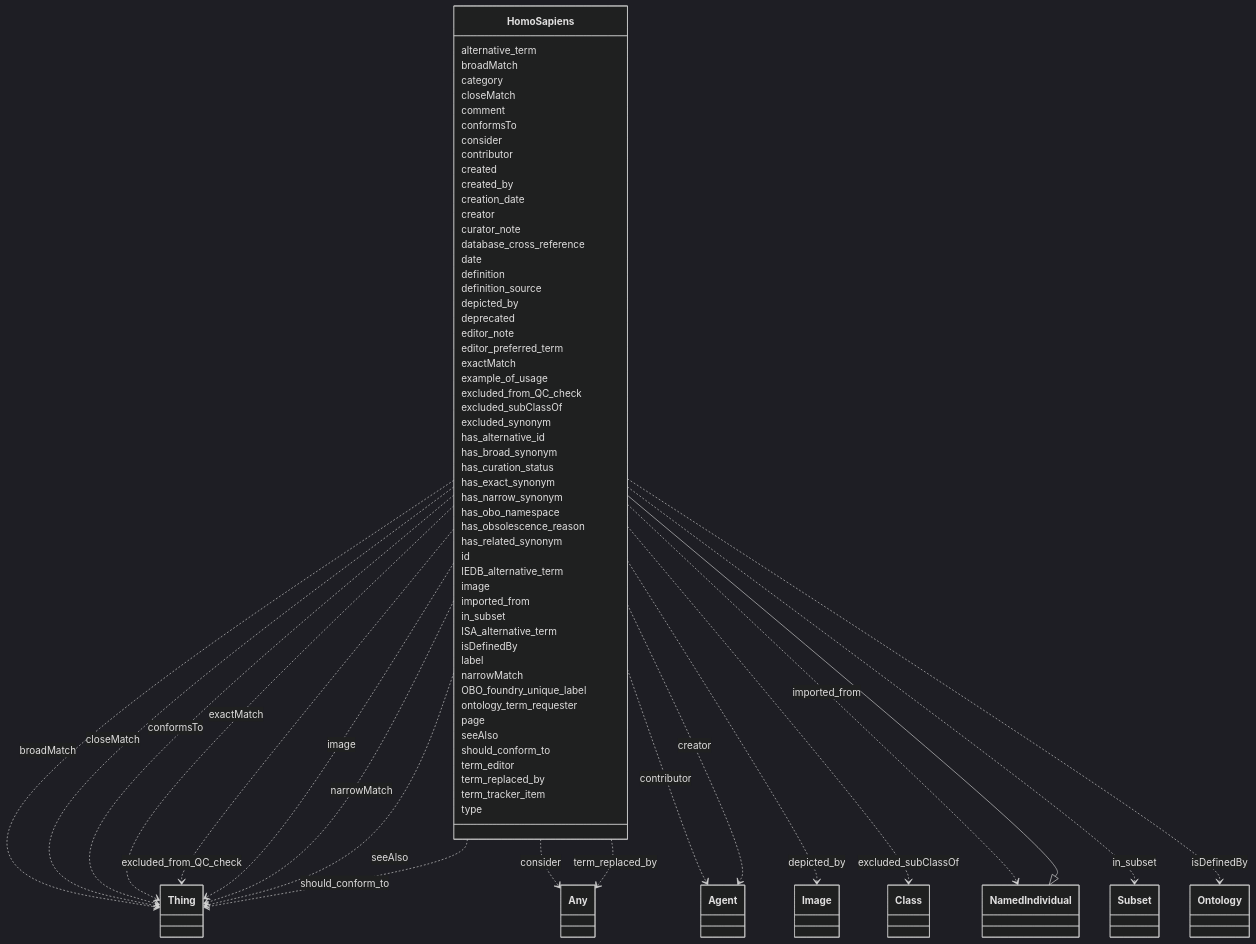
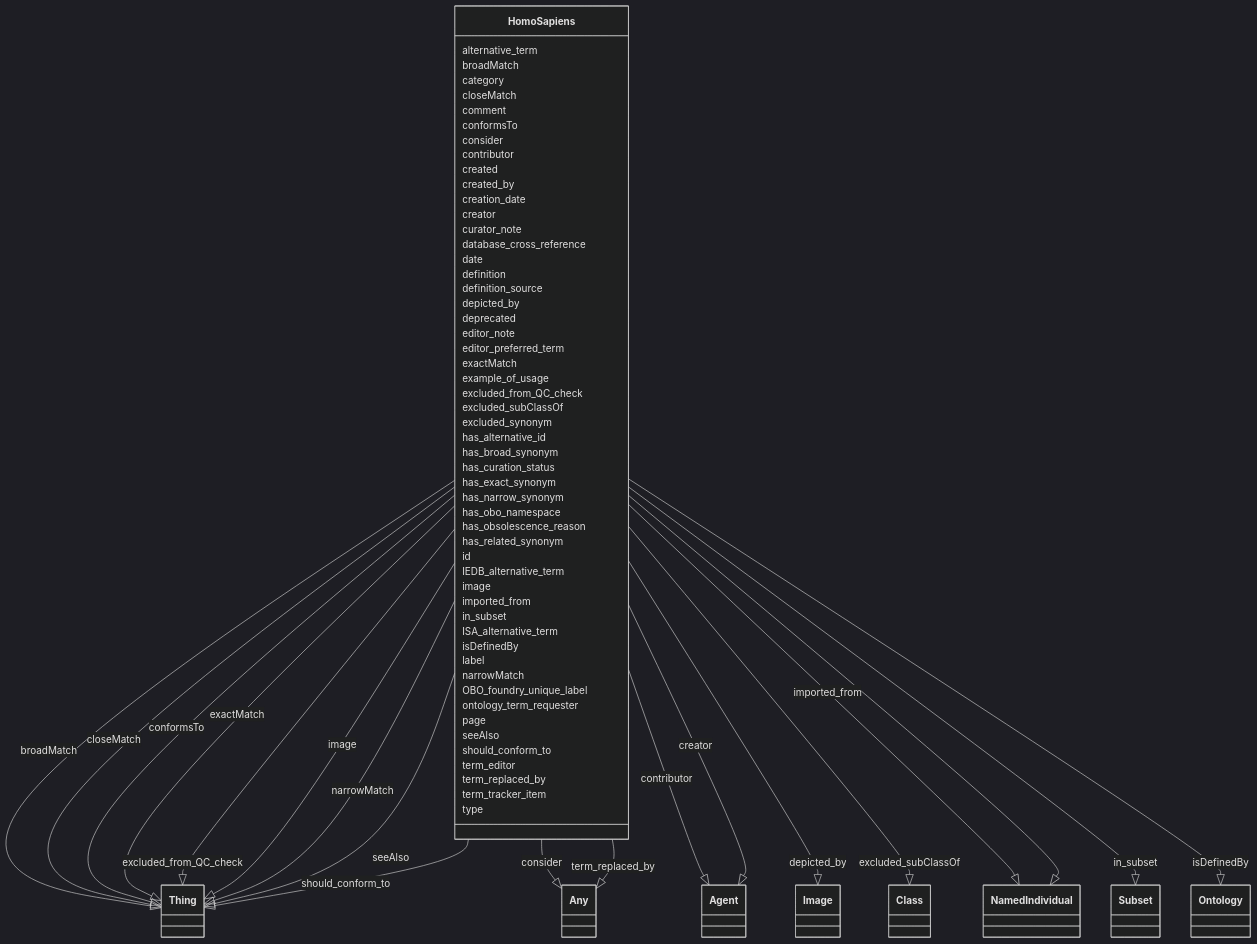
Before and after one commit to INCATools/ontology-access-kit: the diagram in ontology-metadata/HomoSapiens.md, drawn with Mermaid (dark theme). The commit also changed other lines of this file and 3011 other files, not shown here.

```diff
--- a/ontology-metadata/HomoSapiens.md
+++ b/ontology-metadata/HomoSapiens.md
@@ -17,27 +20,27 @@
         
       HomoSapiens : broadMatch
         
-          HomoSapiens ..> Thing : broadMatch
+          HomoSapiens --|> Thing : broadMatch
         
       HomoSapiens : category
         
       HomoSapiens : closeMatch
         
-          HomoSapiens ..> Thing : closeMatch
+          HomoSapiens --|> Thing : closeMatch
         
       HomoSapiens : comment
         
       HomoSapiens : conformsTo
         
-          HomoSapiens ..> Thing : conformsTo
+          HomoSapiens --|> Thing : conformsTo
         
       HomoSapiens : consider
         
-          HomoSapiens ..> Any : consider
+          HomoSapiens --|> Any : consider
         
       HomoSapiens : contributor
         
-          HomoSapiens ..> Agent : contributor
+          HomoSapiens --|> Agent : contributor
         
       HomoSapiens : created
         
@@ -47,7 +50,7 @@
         
       HomoSapiens : creator
         
-          HomoSapiens ..> Agent : creator
+          HomoSapiens --|> Agent : creator
         
       HomoSapiens : curator_note
         
@@ -61,7 +64,7 @@
         
       HomoSapiens : depicted_by
         
-          HomoSapiens ..> Image : depicted_by
+          HomoSapiens --|> Image : depicted_by
         
       HomoSapiens : deprecated
         
@@ -71,17 +74,17 @@
         
       HomoSapiens : exactMatch
         
-          HomoSapiens ..> Thing : exactMatch
+          HomoSapiens --|> Thing : exactMatch
         
       HomoSapiens : example_of_usage
         
       HomoSapiens : excluded_from_QC_check
         
-          HomoSapiens ..> Thing : excluded_from_QC_check
+          HomoSapiens --|> Thing : excluded_from_QC_check
         
       HomoSapiens : excluded_subClassOf
         
-          HomoSapiens ..> Class : excluded_subClassOf
+          HomoSapiens --|> Class : excluded_subClassOf
         
       HomoSapiens : excluded_synonym
         
@@ -107,27 +110,27 @@
         
       HomoSapiens : image
         
-          HomoSapiens ..> Thing : image
+          HomoSapiens --|> Thing : image
         
       HomoSapiens : imported_from
         
-          HomoSapiens ..> NamedIndividual : imported_from
+          HomoSapiens --|> NamedIndividual : imported_from
         
       HomoSapiens : in_subset
         
-          HomoSapiens ..> Subset : in_subset
+          HomoSapiens --|> Subset : in_subset
         
       HomoSapiens : ISA_alternative_term
         
       HomoSapiens : isDefinedBy
         
-          HomoSapiens ..> Ontology : isDefinedBy
+          HomoSapiens --|> Ontology : isDefinedBy
         
       HomoSapiens : label
         
       HomoSapiens : narrowMatch
         
-          HomoSapiens ..> Thing : narrowMatch
+          HomoSapiens --|> Thing : narrowMatch
         
       HomoSapiens : OBO_foundry_unique_label
         
@@ -137,17 +140,17 @@
         
       HomoSapiens : seeAlso
         
-          HomoSapiens ..> Thing : seeAlso
+          HomoSapiens --|> Thing : seeAlso
         
       HomoSapiens : should_conform_to
         
-          HomoSapiens ..> Thing : should_conform_to
+          HomoSapiens --|> Thing : should_conform_to
         
       HomoSapiens : term_editor
         
       HomoSapiens : term_replaced_by
         
-          HomoSapiens ..> Any : term_replaced_by
+          HomoSapiens --|> Any : term_replaced_by
         
       HomoSapiens : term_tracker_item
         
```
